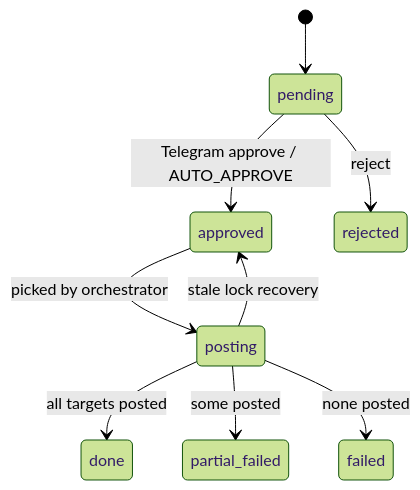
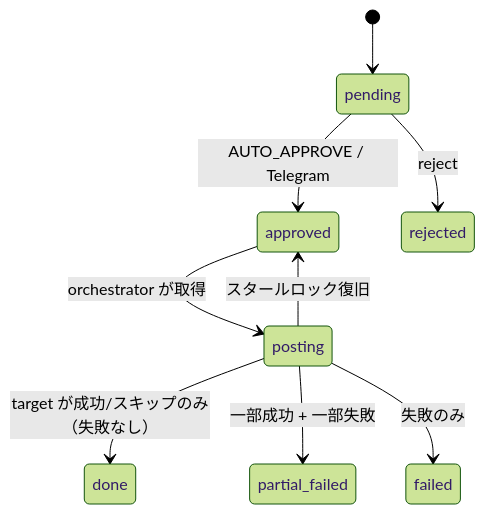
The fourth of 4 diagrams in docs/architecture.md (univcorp2-ctrl/fb-group-autoposter), drawn with Mermaid (forest theme) before and after one commit. The commit also changed other lines of this file and 1 other file, not shown here.

First line of the commit message:
docs: full architecture diagrams (data flow, completion loop, session resilience)

````diff
--- a/docs/architecture.md
+++ b/docs/architecture.md
@@ -22,11 +122,11 @@
 ```mermaid
 stateDiagram-v2
   [*] --> pending
-  pending --> approved: Telegram approve / AUTO_APPROVE
+  pending --> approved: AUTO_APPROVE / Telegram
   pending --> rejected: reject
-  approved --> posting: picked by orchestrator
-  posting --> done: all targets posted
-  posting --> partial_failed: some posted
-  posting --> failed: none posted
-  posting --> approved: stale lock recovery
+  approved --> posting: orchestrator が取得
+  posting --> done: target が成功/スキップのみ（失敗なし）
+  posting --> partial_failed: 一部成功 + 一部失敗
+  posting --> failed: 失敗のみ
+  posting --> approved: スタールロック復旧
 ```
````
